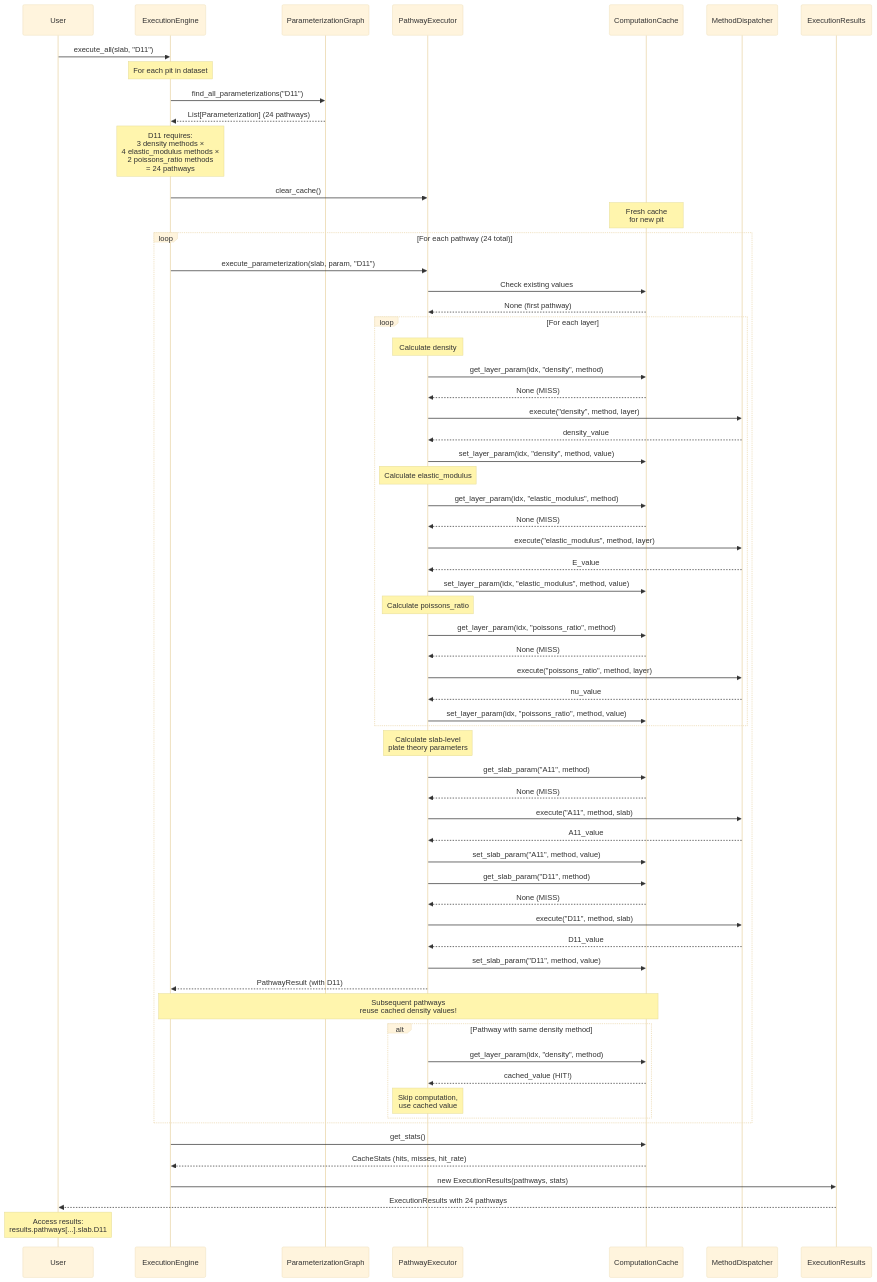
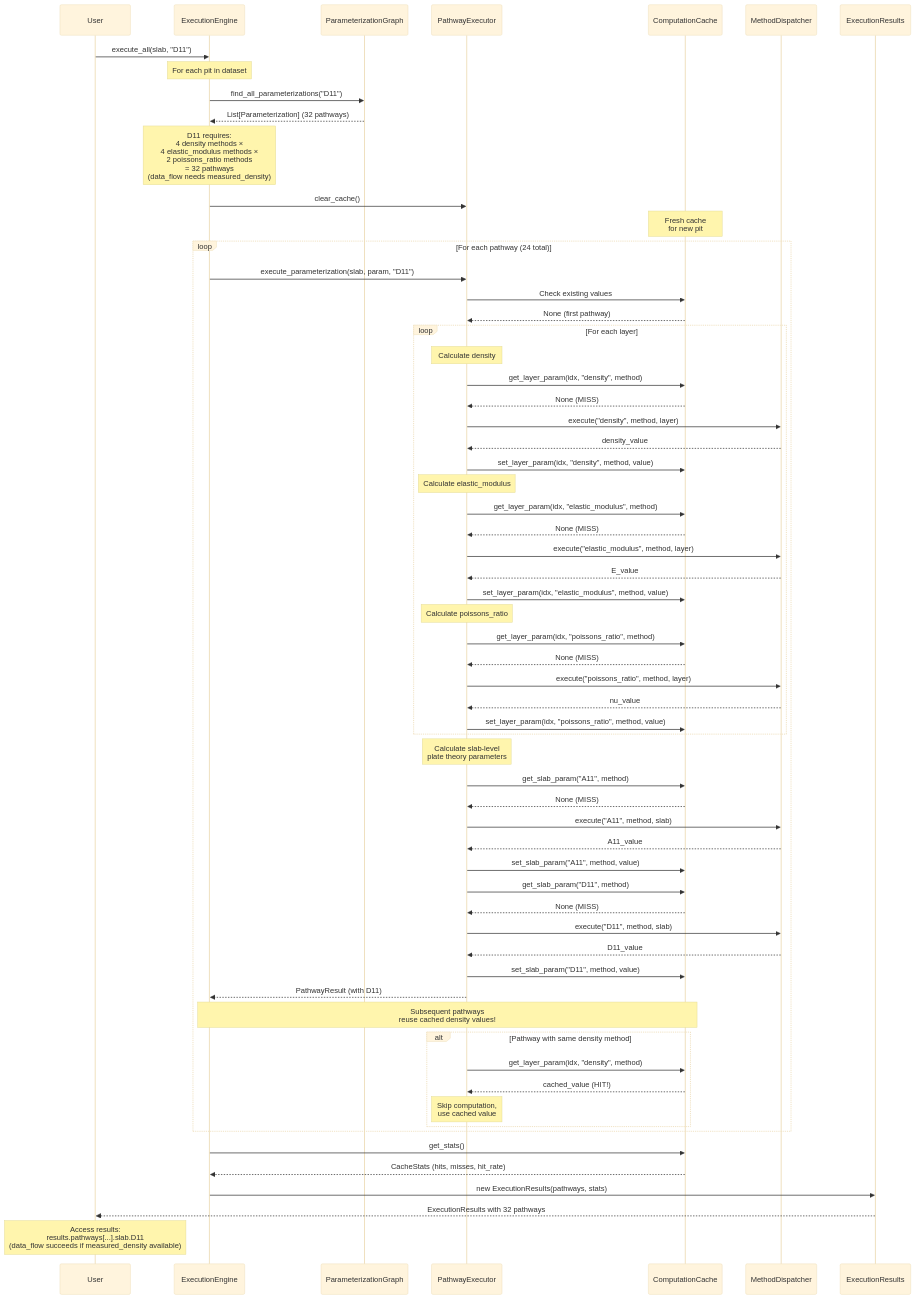
Before and after one commit to connellymk/SnowPyt-MechParams: the third of 9 diagrams in docs/execution_engine_architecture.md, drawn with Mermaid (base theme). The commit also changed other lines of this file and 3 other files, not shown here.

````diff
--- a/docs/execution_engine_architecture.md
+++ b/docs/execution_engine_architecture.md
@@ -190,9 +190,9 @@
     Note over Engine: For each pit in dataset
     
     Engine->>Graph: find_all_parameterizations("D11")
-    Graph-->>Engine: List[Parameterization] (24 pathways)
+    Graph-->>Engine: List[Parameterization] (32 pathways)
     
-    Note over Engine: D11 requires:<br/>3 density methods ×<br/>4 elastic_modulus methods ×<br/>2 poissons_ratio methods<br/>= 24 pathways
+    Note over Engine: D11 requires:<br/>4 density methods ×<br/>4 elastic_modulus methods ×<br/>2 poissons_ratio methods<br/>= 32 pathways<br/>(data_flow needs measured_density)
     
     Engine->>Executor: clear_cache()
     Note over Cache: Fresh cache<br/>for new pit
@@ -255,7 +255,7 @@
     Cache-->>Engine: CacheStats (hits, misses, hit_rate)
     
     Engine->>Results: new ExecutionResults(pathways, stats)
-    Results-->>User: ExecutionResults with 24 pathways
+    Results-->>User: ExecutionResults with 32 pathways
     
-    Note over User: Access results:<br/>results.pathways[...].slab.D11
+    Note over User: Access results:<br/>results.pathways[...].slab.D11<br/>(data_flow succeeds if measured_density available)
 ```
````
